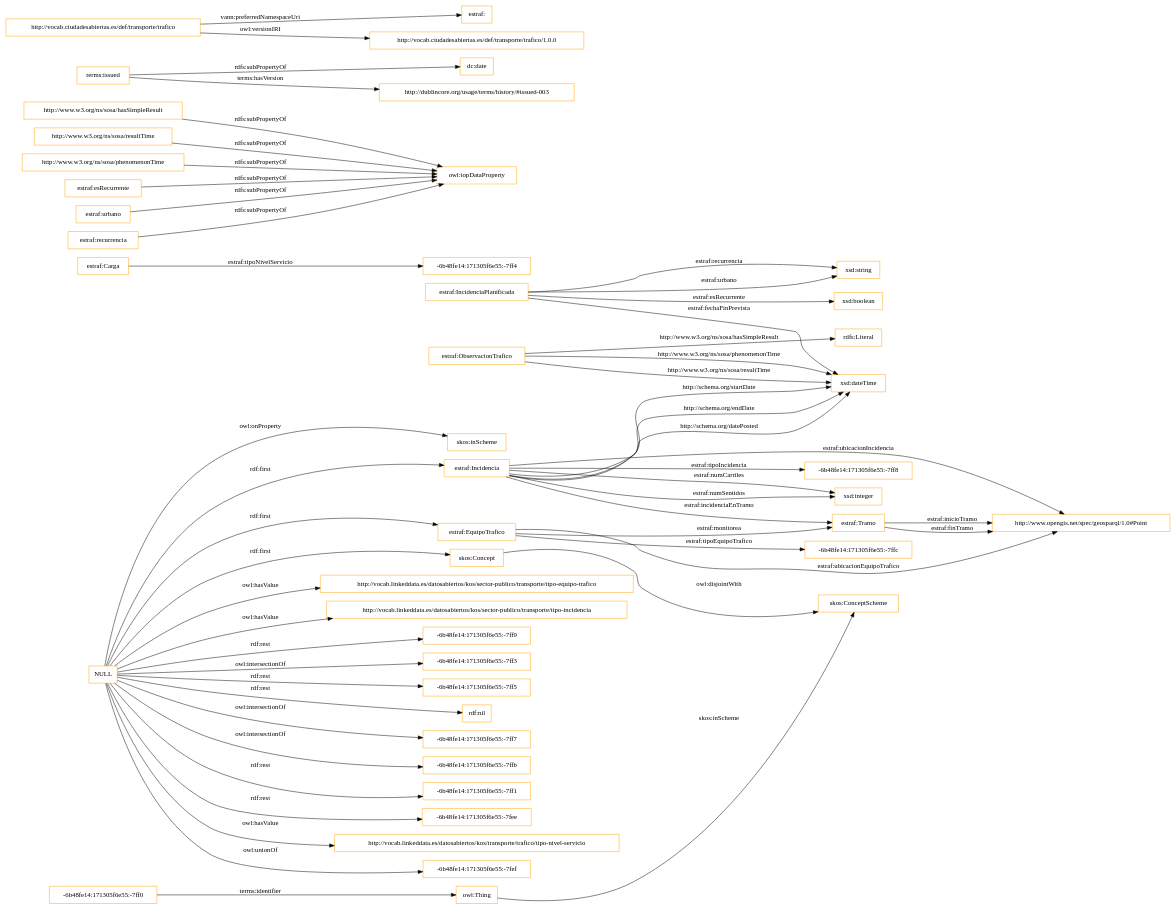
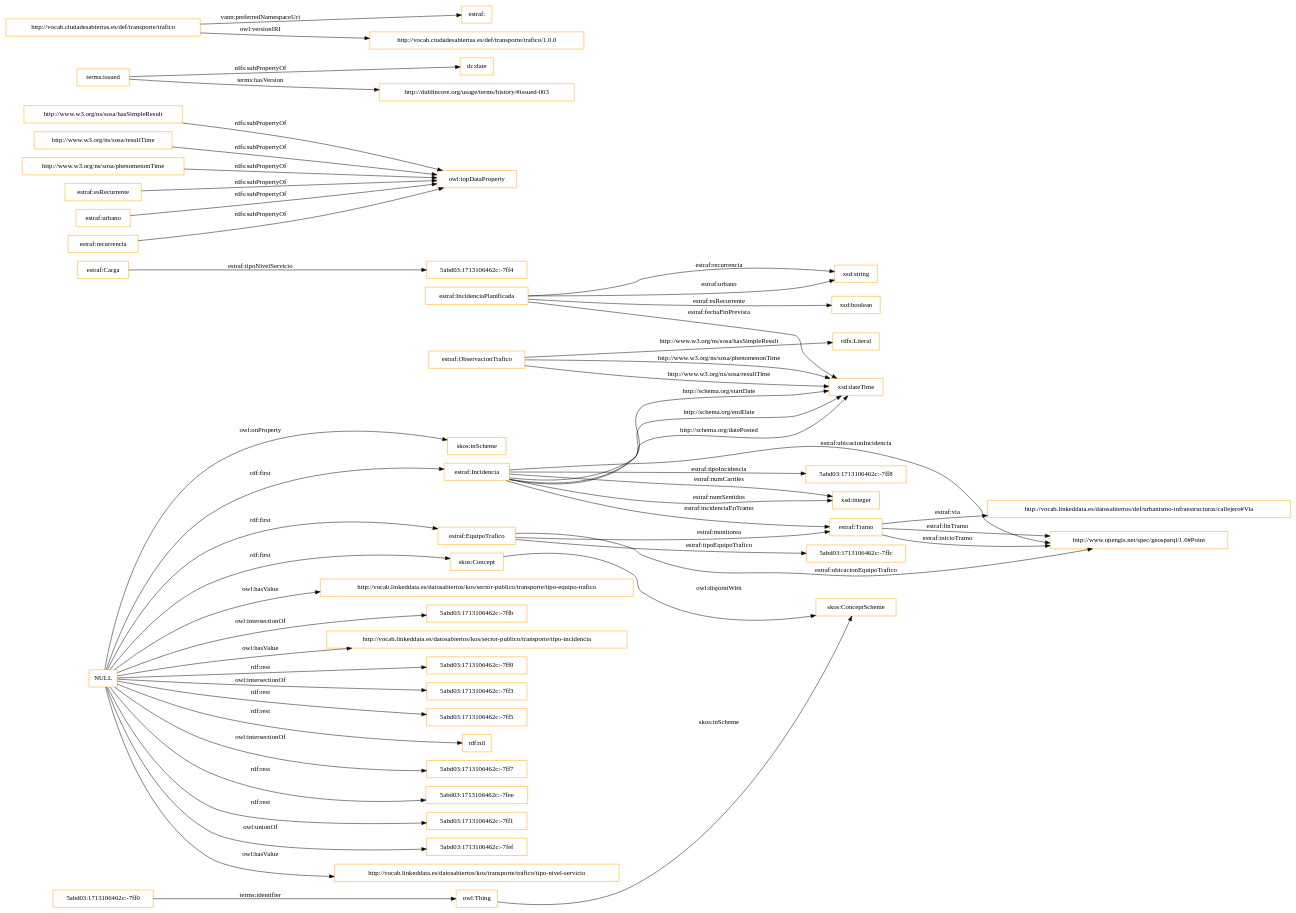
The diagram in OnToology/Ontology/trafico.owl/diagrams/ar2dtool-class/trafico.owl.png.dot (CiudadesAbiertas/vocab-transporte-trafico), drawn with Graphviz before and after one commit. The commit also changed 10 other files, not shown here.

```diff
--- a/OnToology/Ontology/trafico.owl/diagrams/ar2dtool-class/trafico.owl.png.dot
+++ b/OnToology/Ontology/trafico.owl/diagrams/ar2dtool-class/trafico.owl.png.dot
@@ -1,56 +1,57 @@
 digraph ar2dtool_diagram { 
 rankdir=LR;
 size="1501"
-node [shape = rectangle, color="orange"]; "estraf:Tramo" "-6b48fe14:171305f6e55:-7ff0" "estraf:Carga" "estraf:Incidencia" "-6b48fe14:171305f6e55:-7ff4" "-6b48fe14:171305f6e55:-7ffc" "estraf:EquipoTrafico" "skos:ConceptScheme" "http://www.opengis.net/spec/geosparql/1.0#Point" "estraf:IncidenciaPlanificada" "skos:Concept" "estraf:ObservacionTrafico" "-6b48fe14:171305f6e55:-7ff8" ; /*classes style*/
+node [shape = rectangle, color="orange"]; "estraf:Tramo" "5abd03:1713106462c:-7ffc" "estraf:Carga" "estraf:Incidencia" "5abd03:1713106462c:-7ff0" "5abd03:1713106462c:-7ff4" "estraf:EquipoTrafico" "skos:ConceptScheme" "http://www.opengis.net/spec/geosparql/1.0#Point" "estraf:IncidenciaPlanificada" "skos:Concept" "estraf:ObservacionTrafico" "http://vocab.linkeddata.es/datosabiertos/def/urbanismo-infraestructuras/callejero#Via" "5abd03:1713106462c:-7ff8" ; /*classes style*/
 	"http://www.w3.org/ns/sosa/hasSimpleResult" -> "owl:topDataProperty" [ label = "rdfs:subPropertyOf" ];
 	"NULL" -> "http://vocab.linkeddata.es/datosabiertos/kos/sector-publico/transporte/tipo-equipo-trafico" [ label = "owl:hasValue" ];
+	"NULL" -> "5abd03:1713106462c:-7ffb" [ label = "owl:intersectionOf" ];
 	"NULL" -> "http://vocab.linkeddata.es/datosabiertos/kos/sector-publico/transporte/tipo-incidencia" [ label = "owl:hasValue" ];
-	"NULL" -> "-6b48fe14:171305f6e55:-7ff9" [ label = "rdf:rest" ];
-	"NULL" -> "-6b48fe14:171305f6e55:-7ff3" [ label = "owl:intersectionOf" ];
+	"NULL" -> "5abd03:1713106462c:-7ff9" [ label = "rdf:rest" ];
+	"NULL" -> "5abd03:1713106462c:-7ff3" [ label = "owl:intersectionOf" ];
 	"NULL" -> "estraf:Incidencia" [ label = "rdf:first" ];
-	"NULL" -> "-6b48fe14:171305f6e55:-7ff5" [ label = "rdf:rest" ];
 	"NULL" -> "skos:Concept" [ label = "rdf:first" ];
+	"NULL" -> "5abd03:1713106462c:-7ff5" [ label = "rdf:rest" ];
 	"NULL" -> "rdf:nil" [ label = "rdf:rest" ];
-	"NULL" -> "-6b48fe14:171305f6e55:-7ff7" [ label = "owl:intersectionOf" ];
-	"NULL" -> "-6b48fe14:171305f6e55:-7ffb" [ label = "owl:intersectionOf" ];
-	"NULL" -> "-6b48fe14:171305f6e55:-7ff1" [ label = "rdf:rest" ];
-	"NULL" -> "-6b48fe14:171305f6e55:-7fee" [ label = "rdf:rest" ];
+	"NULL" -> "5abd03:1713106462c:-7ff7" [ label = "owl:intersectionOf" ];
+	"NULL" -> "5abd03:1713106462c:-7fee" [ label = "rdf:rest" ];
+	"NULL" -> "5abd03:1713106462c:-7ff1" [ label = "rdf:rest" ];
+	"NULL" -> "5abd03:1713106462c:-7fef" [ label = "owl:unionOf" ];
 	"NULL" -> "http://vocab.linkeddata.es/datosabiertos/kos/transporte/trafico/tipo-nivel-servicio" [ label = "owl:hasValue" ];
 	"NULL" -> "estraf:EquipoTrafico" [ label = "rdf:first" ];
-	"NULL" -> "-6b48fe14:171305f6e55:-7fef" [ label = "owl:unionOf" ];
 	"NULL" -> "skos:inScheme" [ label = "owl:onProperty" ];
 	"skos:Concept" -> "skos:ConceptScheme" [ label = "owl:disjointWith" ];
 	"http://www.w3.org/ns/sosa/resultTime" -> "owl:topDataProperty" [ label = "rdfs:subPropertyOf" ];
 	"terms:issued" -> "dc:date" [ label = "rdfs:subPropertyOf" ];
 	"terms:issued" -> "http://dublincore.org/usage/terms/history/#issued-003" [ label = "terms:hasVersion" ];
 	"http://www.w3.org/ns/sosa/phenomenonTime" -> "owl:topDataProperty" [ label = "rdfs:subPropertyOf" ];
 	"estraf:esRecurrente" -> "owl:topDataProperty" [ label = "rdfs:subPropertyOf" ];
 	"estraf:urbano" -> "owl:topDataProperty" [ label = "rdfs:subPropertyOf" ];
 	"http://vocab.ciudadesabiertas.es/def/transporte/trafico" -> "estraf:" [ label = "vann:preferredNamespaceUri" ];
 	"http://vocab.ciudadesabiertas.es/def/transporte/trafico" -> "http://vocab.ciudadesabiertas.es/def/transporte/trafico/1.0.0" [ label = "owl:versionIRI" ];
 	"estraf:recurrencia" -> "owl:topDataProperty" [ label = "rdfs:subPropertyOf" ];
 	"estraf:Tramo" -> "http://www.opengis.net/spec/geosparql/1.0#Point" [ label = "estraf:finTramo" ];
 	"estraf:Incidencia" -> "xsd:dateTime" [ label = "http://schema.org/startDate" ];
 	"estraf:IncidenciaPlanificada" -> "xsd:string" [ label = "estraf:recurrencia" ];
 	"estraf:Incidencia" -> "estraf:Tramo" [ label = "estraf:incidenciaEnTramo" ];
 	"estraf:ObservacionTrafico" -> "rdfs:Literal" [ label = "http://www.w3.org/ns/sosa/hasSimpleResult" ];
-	"-6b48fe14:171305f6e55:-7ff0" -> "owl:Thing" [ label = "terms:identifier" ];
+	"5abd03:1713106462c:-7ff0" -> "owl:Thing" [ label = "terms:identifier" ];
 	"estraf:Incidencia" -> "xsd:dateTime" [ label = "http://schema.org/endDate" ];
 	"estraf:Incidencia" -> "xsd:integer" [ label = "estraf:numCarriles" ];
-	"estraf:Carga" -> "-6b48fe14:171305f6e55:-7ff4" [ label = "estraf:tipoNivelServicio" ];
+	"estraf:Carga" -> "5abd03:1713106462c:-7ff4" [ label = "estraf:tipoNivelServicio" ];
 	"estraf:Incidencia" -> "xsd:integer" [ label = "estraf:numSentidos" ];
 	"estraf:ObservacionTrafico" -> "xsd:dateTime" [ label = "http://www.w3.org/ns/sosa/resultTime" ];
 	"estraf:Incidencia" -> "http://www.opengis.net/spec/geosparql/1.0#Point" [ label = "estraf:ubicacionIncidencia" ];
 	"owl:Thing" -> "skos:ConceptScheme" [ label = "skos:inScheme" ];
 	"estraf:IncidenciaPlanificada" -> "xsd:boolean" [ label = "estraf:esRecurrente" ];
 	"estraf:EquipoTrafico" -> "estraf:Tramo" [ label = "estraf:monitorea" ];
 	"estraf:ObservacionTrafico" -> "xsd:dateTime" [ label = "http://www.w3.org/ns/sosa/phenomenonTime" ];
-	"estraf:Incidencia" -> "-6b48fe14:171305f6e55:-7ff8" [ label = "estraf:tipoIncidencia" ];
-	"estraf:EquipoTrafico" -> "-6b48fe14:171305f6e55:-7ffc" [ label = "estraf:tipoEquipoTrafico" ];
+	"estraf:Incidencia" -> "5abd03:1713106462c:-7ff8" [ label = "estraf:tipoIncidencia" ];
+	"estraf:EquipoTrafico" -> "5abd03:1713106462c:-7ffc" [ label = "estraf:tipoEquipoTrafico" ];
 	"estraf:IncidenciaPlanificada" -> "xsd:string" [ label = "estraf:urbano" ];
 	"estraf:IncidenciaPlanificada" -> "xsd:dateTime" [ label = "estraf:fechaFinPrevista" ];
 	"estraf:Tramo" -> "http://www.opengis.net/spec/geosparql/1.0#Point" [ label = "estraf:inicioTramo" ];
 	"estraf:Incidencia" -> "xsd:dateTime" [ label = "http://schema.org/datePosted" ];
+	"estraf:Tramo" -> "http://vocab.linkeddata.es/datosabiertos/def/urbanismo-infraestructuras/callejero#Via" [ label = "estraf:via" ];
 	"estraf:EquipoTrafico" -> "http://www.opengis.net/spec/geosparql/1.0#Point" [ label = "estraf:ubicacionEquipoTrafico" ];
 
 }
```
